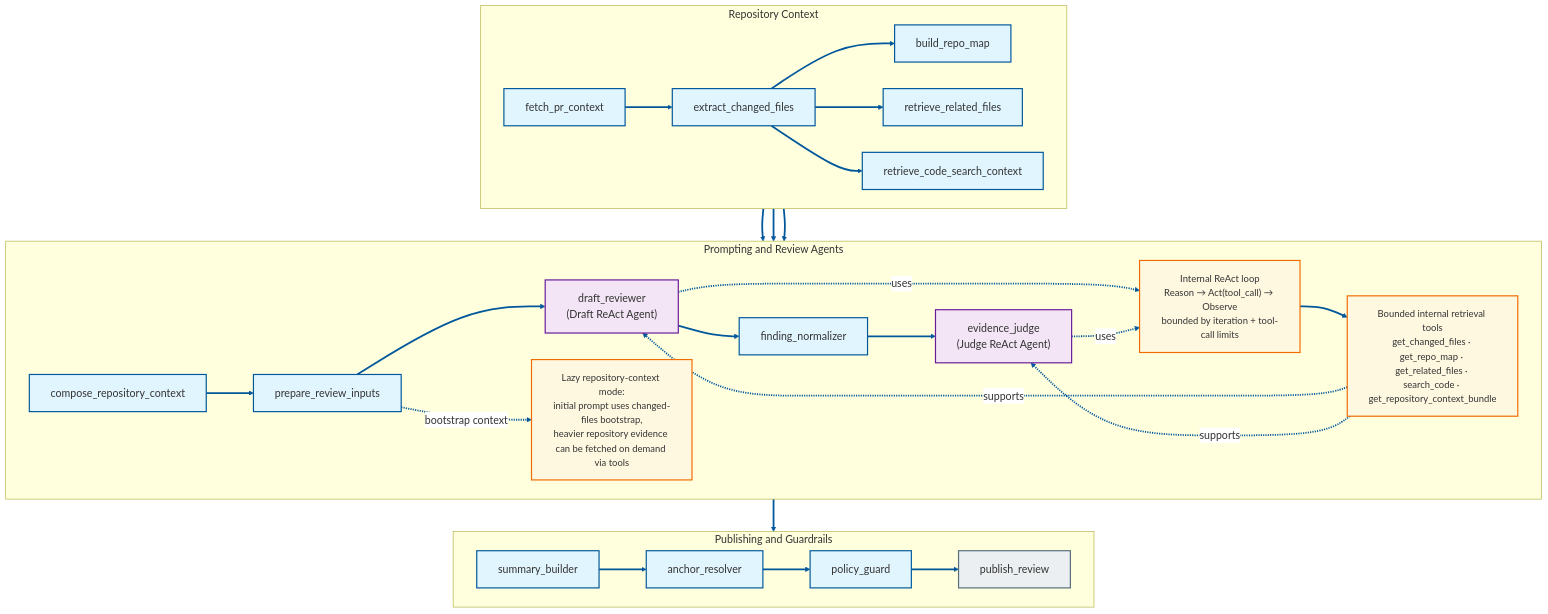
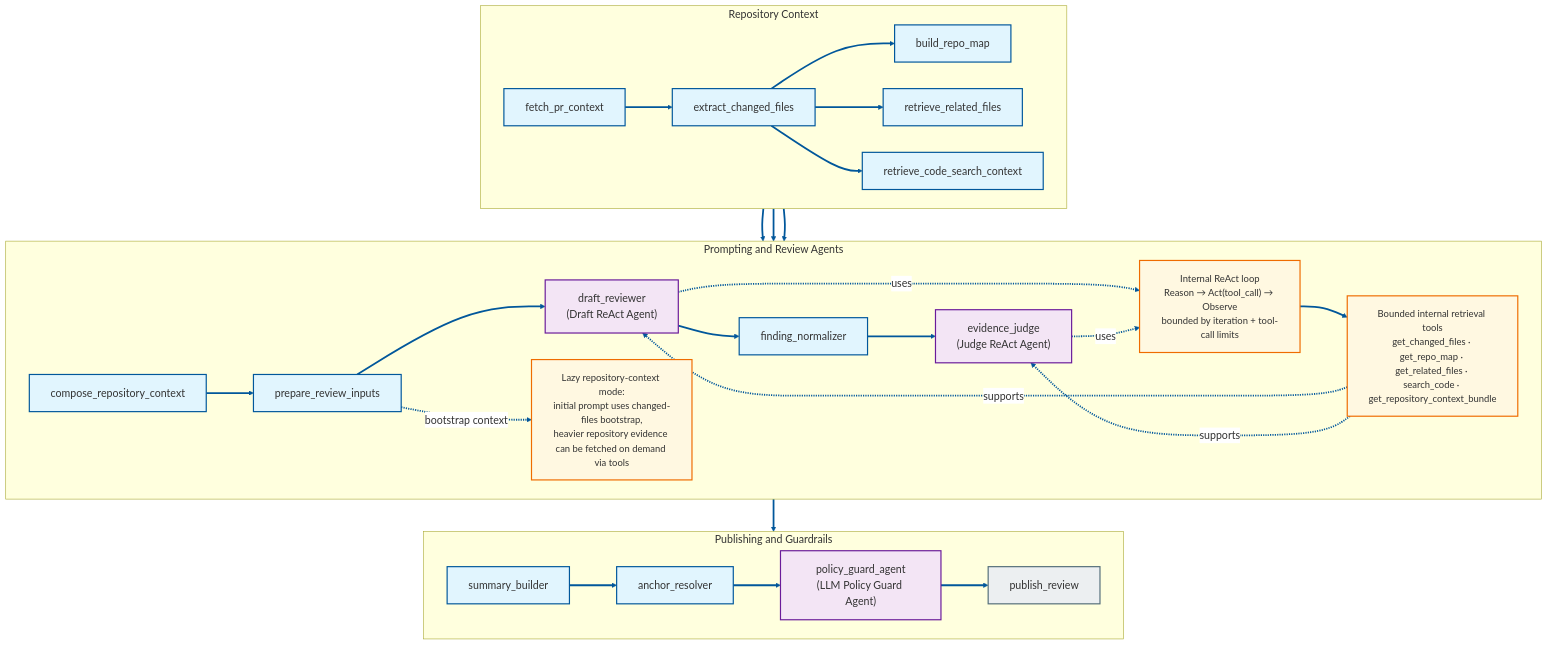
The second of 2 diagrams in README.md (aravin-86/reflex-reviewer), drawn with Mermaid before and after one commit. The commit also changed other lines of this file and 20 other files, not shown here.

First line of the commit message:
feat: tighten ReAct review grounding and policy enforcement

````diff
--- a/README.md
+++ b/README.md
@@ -157,47 +163,47 @@
 ```mermaid
 %%{init: {'themeVariables': {'fontSize': '18px', 'lineColor': '#01579b', 'edgeLabelBackground': '#ffffff'}, 'flowchart': {'curve': 'basis', 'nodeSpacing': 45, 'rankSpacing': 55, 'padding': 18}} }%%
 flowchart TB
     classDef llmAgent fill:#f3e5f5,stroke:#6a1b9a,stroke-width:2px,font-size:18px;
     classDef deterministic fill:#e1f5fe,stroke:#01579b,stroke-width:2px,font-size:18px;
     classDef reactMeta fill:#fff8e1,stroke:#ef6c00,stroke-width:2px,font-size:16px;
     classDef terminal fill:#eceff1,stroke:#546e7a,stroke-width:2px,font-size:18px;
 
     subgraph ctx["Repository Context"]
         direction LR
         fetch_pr_context["fetch_pr_context"] --> extract_changed_files["extract_changed_files"]
         extract_changed_files --> build_repo_map["build_repo_map"]
         extract_changed_files --> retrieve_related_files["retrieve_related_files"]
         extract_changed_files --> retrieve_code_search_context["retrieve_code_search_context"]
     end
 
     subgraph infer["Prompting and Review Agents"]
         direction LR
         compose_repository_context["compose_repository_context"] --> prepare_review_inputs["prepare_review_inputs"] --> draft_reviewer["draft_reviewer<br/>(Draft ReAct Agent)"] --> finding_normalizer["finding_normalizer"] --> evidence_judge["evidence_judge<br/>(Judge ReAct Agent)"]
         react_loop["Internal ReAct loop<br/>Reason → Act(tool_call) → Observe<br/>bounded by iteration + tool-call limits"]
         react_tools["Bounded internal retrieval tools<br/>get_changed_files · get_repo_map · get_related_files · search_code · get_repository_context_bundle"]
         lazy_note["Lazy repository-context mode:<br/>initial prompt uses changed-files bootstrap,<br/>heavier repository evidence can be fetched on demand via tools"]
     end
 
     subgraph publish["Publishing and Guardrails"]
         direction LR
-        summary_builder["summary_builder"] --> anchor_resolver["anchor_resolver"] --> policy_guard["policy_guard"] --> publish_review["publish_review"]
+        summary_builder["summary_builder"] --> anchor_resolver["anchor_resolver"] --> policy_guard_agent["policy_guard_agent<br/>(LLM Policy Guard Agent)"] --> publish_review["publish_review"]
     end
 
     build_repo_map --> compose_repository_context
     retrieve_related_files --> compose_repository_context
     retrieve_code_search_context --> compose_repository_context
     evidence_judge --> summary_builder
     draft_reviewer -.uses.-> react_loop
     evidence_judge -.uses.-> react_loop
     react_loop --> react_tools
     react_tools -.supports.-> draft_reviewer
     react_tools -.supports.-> evidence_judge
     prepare_review_inputs -.bootstrap context.-> lazy_note
 
-    class draft_reviewer,evidence_judge llmAgent;
-    class fetch_pr_context,extract_changed_files,build_repo_map,retrieve_related_files,retrieve_code_search_context,compose_repository_context,prepare_review_inputs,finding_normalizer,summary_builder,anchor_resolver,policy_guard deterministic;
+    class draft_reviewer,evidence_judge,policy_guard_agent llmAgent;
+    class fetch_pr_context,extract_changed_files,build_repo_map,retrieve_related_files,retrieve_code_search_context,compose_repository_context,prepare_review_inputs,finding_normalizer,summary_builder,anchor_resolver deterministic;
     class react_loop,react_tools,lazy_note reactMeta;
     class publish_review terminal;
 
     linkStyle default stroke:#01579b,stroke-width:3px;
 ```
````
